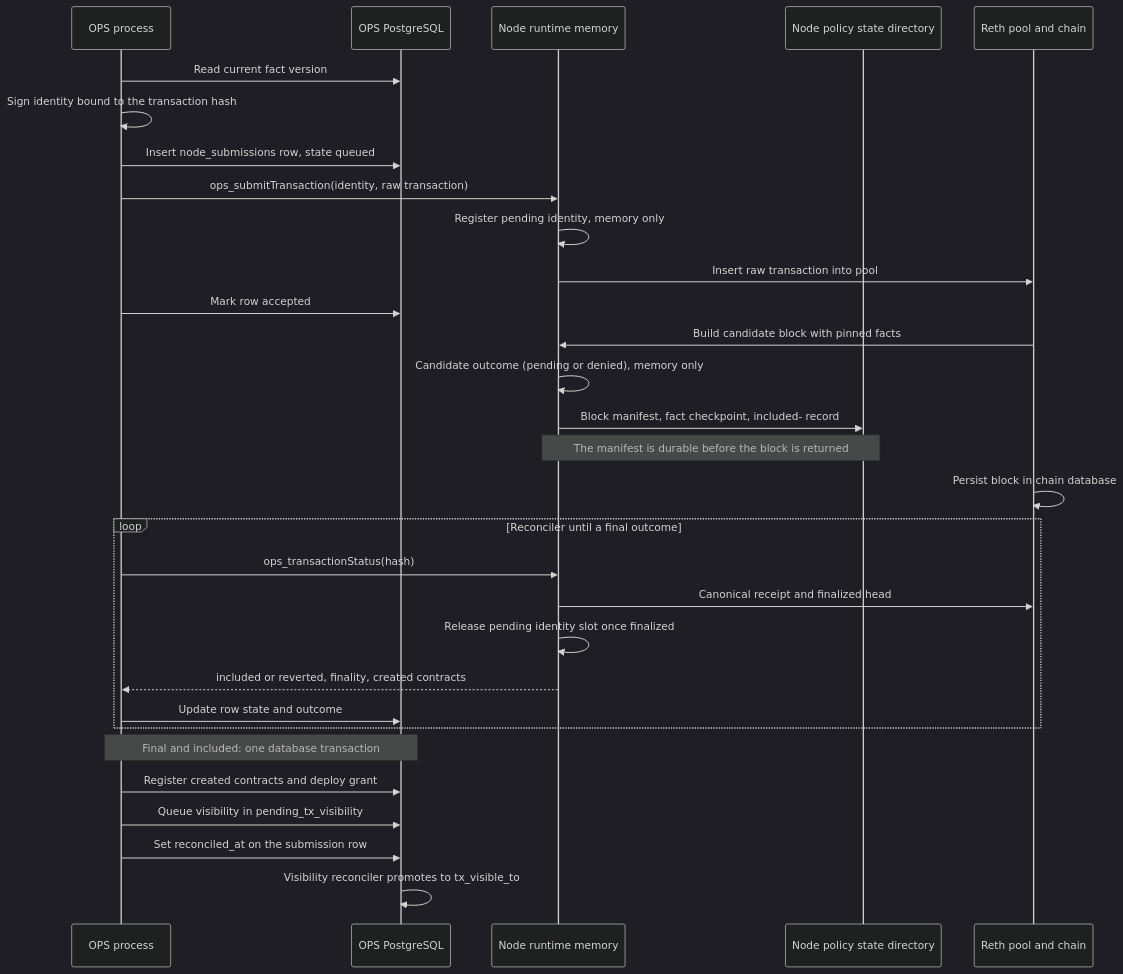
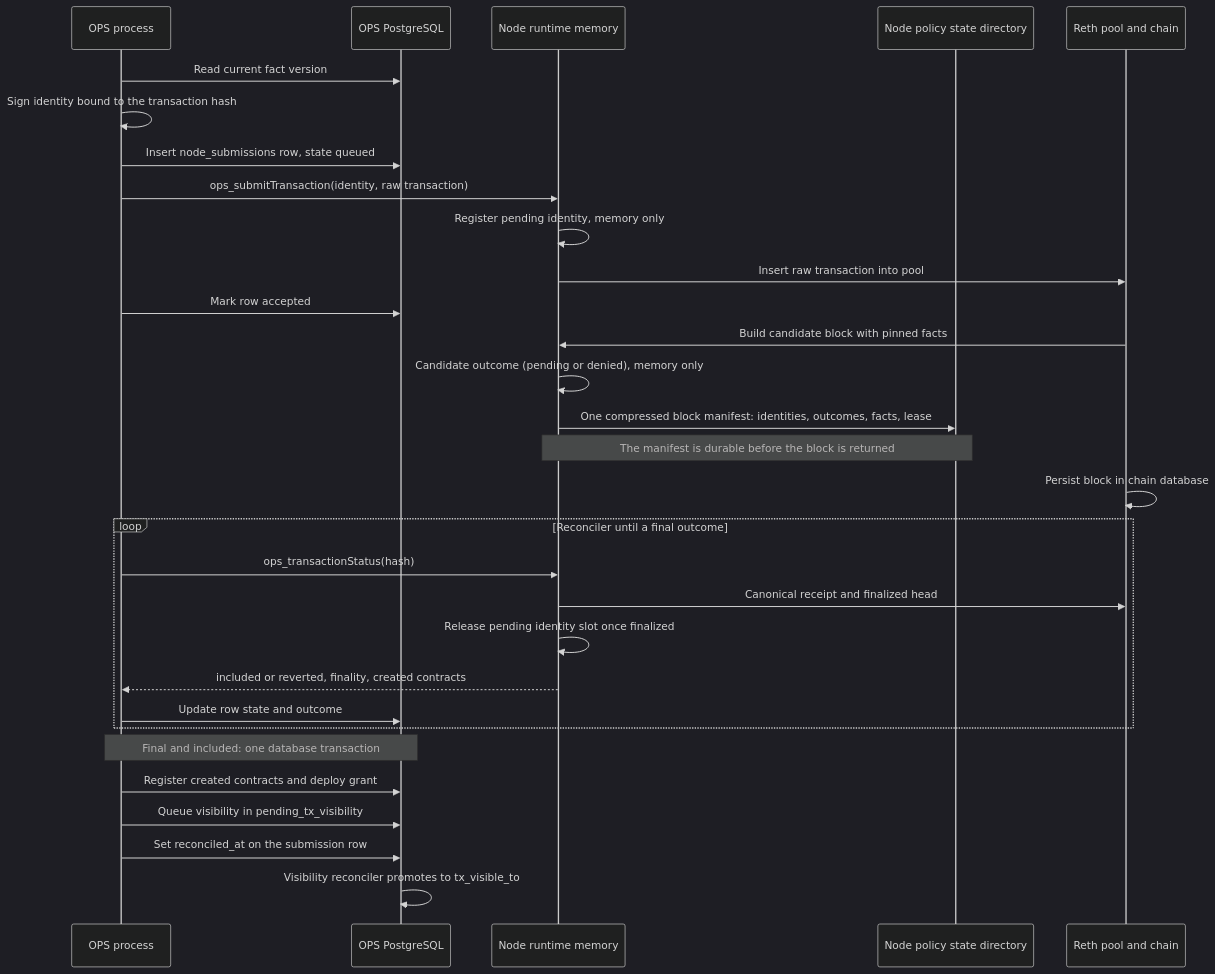
One commit to LFDT-Permissioned-Privacy-Control/permissioned-privacy-control changed the sixth of 6 diagrams in docs/architecture/reth-execution-flow.md. Above: the diagram before and after it, drawn with Mermaid (dark theme). The commit also changed other lines of this file and 18 other files, not shown here.

````diff
--- a/docs/architecture/reth-execution-flow.md
+++ b/docs/architecture/reth-execution-flow.md
@@ -338,32 +339,32 @@
 ```mermaid
 sequenceDiagram
     participant OPS as OPS process
     participant DB as OPS PostgreSQL
     participant RT as Node runtime memory
     participant Dir as Node policy state directory
     participant Reth as Reth pool and chain
     OPS->>DB: Read current fact version
     OPS->>OPS: Sign identity bound to the transaction hash
     OPS->>DB: Insert node_submissions row, state queued
     OPS->>RT: ops_submitTransaction(identity, raw transaction)
     RT->>RT: Register pending identity, memory only
     RT->>Reth: Insert raw transaction into pool
     OPS->>DB: Mark row accepted
     Reth->>RT: Build candidate block with pinned facts
     RT->>RT: Candidate outcome (pending or denied), memory only
-    RT->>Dir: Block manifest, fact checkpoint, included- record
+    RT->>Dir: One compressed block manifest: identities, outcomes, facts, lease
     Note over RT,Dir: The manifest is durable before the block is returned
     Reth->>Reth: Persist block in chain database
     loop Reconciler until a final outcome
         OPS->>RT: ops_transactionStatus(hash)
         RT->>Reth: Canonical receipt and finalized head
         RT->>RT: Release pending identity slot once finalized
         RT-->>OPS: included or reverted, finality, created contracts
         OPS->>DB: Update row state and outcome
     end
     Note over OPS,DB: Final and included: one database transaction
     OPS->>DB: Register created contracts and deploy grant
     OPS->>DB: Queue visibility in pending_tx_visibility
     OPS->>DB: Set reconciled_at on the submission row
     DB->>DB: Visibility reconciler promotes to tx_visible_to
 ```
````
